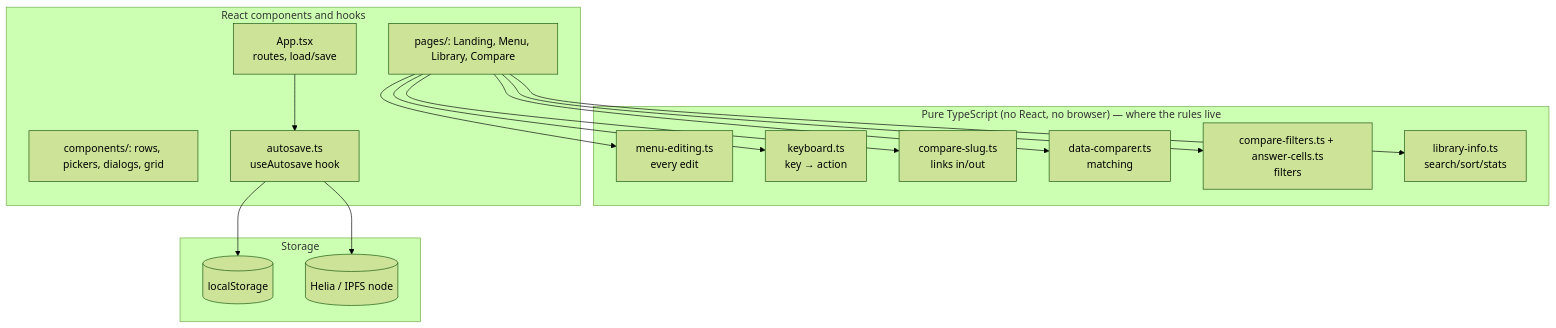
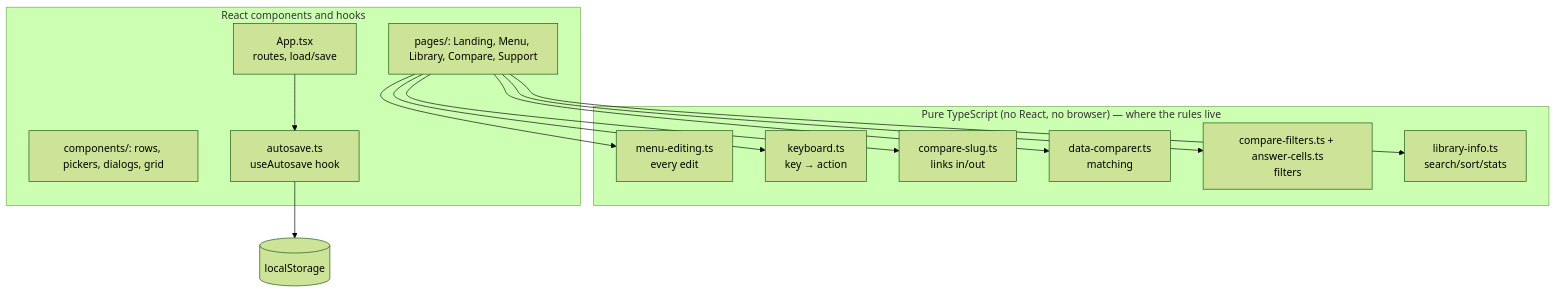
Before and after one commit to robotoer/relationship-menu: the diagram in docs/spec/architecture.md, drawn with Mermaid (forest theme). The commit also changed other lines of this file and 74 other files, not shown here.

````diff
--- a/docs/spec/architecture.md
+++ b/docs/spec/architecture.md
@@ -7,23 +7,20 @@
 ```mermaid
 flowchart TB
   subgraph Pure logic ["Pure TypeScript (no React, no browser) — where the rules live"]
     ME[menu-editing.ts<br/>every edit]
     KB[keyboard.ts<br/>key → action]
     CS[compare-slug.ts<br/>links in/out]
     DC[data-comparer.ts<br/>matching]
     CF[compare-filters.ts + answer-cells.ts<br/>filters]
     LI[library-info.ts<br/>search/sort/stats]
   end
   subgraph React ["React components and hooks"]
     APP[App.tsx<br/>routes, load/save]
-    PAGES[pages/: Landing, Menu, Library, Compare]
+    PAGES[pages/: Landing, Menu, Library, Compare, Support]
     COMP[components/: rows, pickers, dialogs, grid]
     AS[autosave.ts<br/>useAutosave hook]
   end
-  subgraph Storage
-    LS[(localStorage)]
-    IPFS[(Helia / IPFS node)]
-  end
+  LS[(localStorage)]
   PAGES --> ME & KB & CS & DC & CF & LI
-  APP --> AS --> LS & IPFS
+  APP --> AS --> LS
 ```
````
